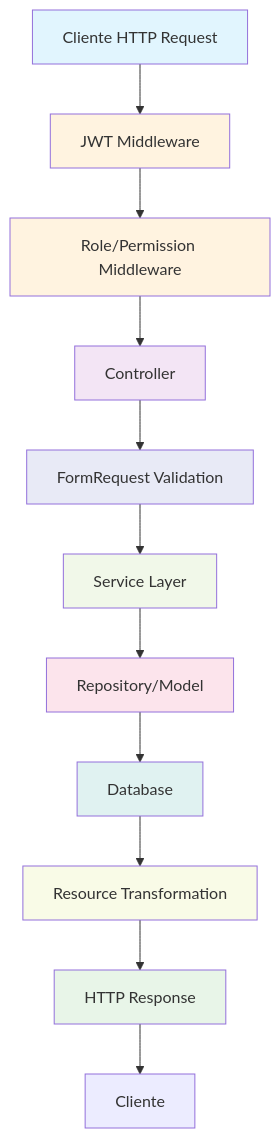
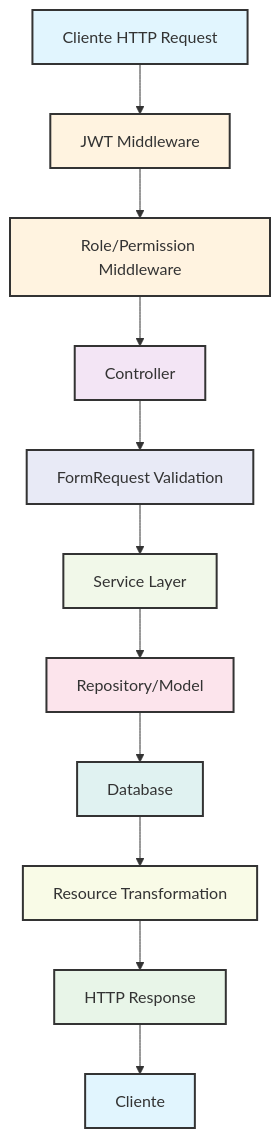
Before and after one commit to 9paul20/Codigo-Base-Laravel-12: the diagram in README.md, drawn with Mermaid.

Commit message:
Mejora la representación del flujo de clases en la documentación con estilos de clase para mayor claridad

````diff
--- a/README.md
+++ b/README.md
@@ -64,24 +64,33 @@
 ```mermaid
 graph TD
     A[Cliente HTTP Request] --> B[JWT Middleware]
     B --> C[Role/Permission Middleware]
     C --> D[Controller]
     D --> E[FormRequest Validation]
     E --> F[Service Layer]
     F --> G[Repository/Model]
     G --> H[Database]
     H --> I[Resource Transformation]
     I --> J[HTTP Response]
     J --> K[Cliente]
 
-    style A fill:#e1f5fe
-    style J fill:#e8f5e8
-    style B fill:#fff3e0
-    style C fill:#fff3e0
-    style D fill:#f3e5f5
-    style E fill:#e8eaf6
-    style F fill:#f1f8e9
-    style G fill:#fce4ec
-    style H fill:#e0f2f1
-    style I fill:#f9fbe7
+    classDef cliente fill:#e1f5fe,stroke:#333,stroke-width:2px
+    classDef respuesta fill:#e8f5e8,stroke:#333,stroke-width:2px
+    classDef middleware fill:#fff3e0,stroke:#333,stroke-width:2px
+    classDef controller fill:#f3e5f5,stroke:#333,stroke-width:2px
+    classDef validation fill:#e8eaf6,stroke:#333,stroke-width:2px
+    classDef service fill:#f1f8e9,stroke:#333,stroke-width:2px
+    classDef repository fill:#fce4ec,stroke:#333,stroke-width:2px
+    classDef database fill:#e0f2f1,stroke:#333,stroke-width:2px
+    classDef resource fill:#f9fbe7,stroke:#333,stroke-width:2px
+
+    class A,K cliente
+    class J respuesta
+    class B,C middleware
+    class D controller
+    class E validation
+    class F service
+    class G repository
+    class H database
+    class I resource
 ```
````
